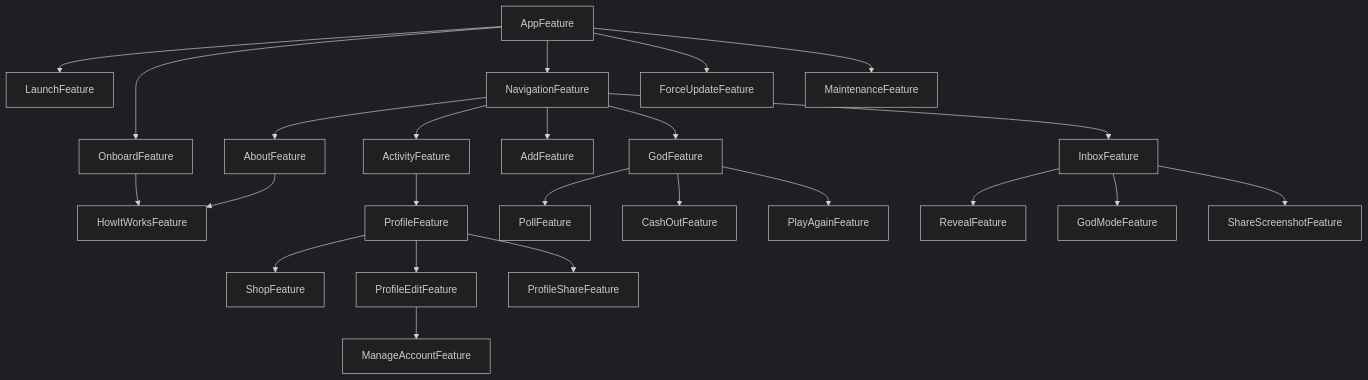
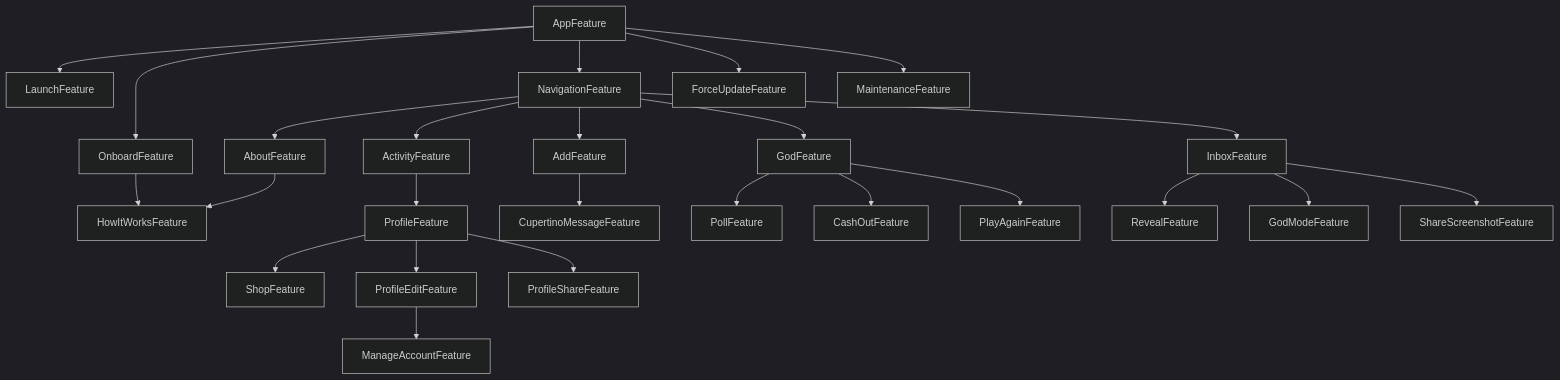
The diagram in Packages/GodPackage/README.md (0x1-company/god-ios), drawn with Mermaid (dark theme) before and after one commit. The commit also changed 1 other file, not shown here.

Commit message:
chore: 🤖 dgraph

````diff
--- a/Packages/GodPackage/README.md
+++ b/Packages/GodPackage/README.md
@@ -6,26 +6,27 @@
 ```mermaid
 graph TD;
     AboutFeature-->HowItWorksFeature;
     ActivityFeature-->ProfileFeature;
+    AddFeature-->CupertinoMessageFeature;
     AppFeature-->LaunchFeature;
     AppFeature-->OnboardFeature;
     AppFeature-->NavigationFeature;
     AppFeature-->ForceUpdateFeature;
     AppFeature-->MaintenanceFeature;
     GodFeature-->PollFeature;
     GodFeature-->CashOutFeature;
     GodFeature-->PlayAgainFeature;
     InboxFeature-->RevealFeature;
     InboxFeature-->GodModeFeature;
     InboxFeature-->ShareScreenshotFeature;
     NavigationFeature-->AboutFeature;
     NavigationFeature-->ActivityFeature;
     NavigationFeature-->AddFeature;
     NavigationFeature-->GodFeature;
     NavigationFeature-->InboxFeature;
     OnboardFeature-->HowItWorksFeature;
     ProfileEditFeature-->ManageAccountFeature;
     ProfileFeature-->ShopFeature;
     ProfileFeature-->ProfileEditFeature;
     ProfileFeature-->ProfileShareFeature;
 ```
````
